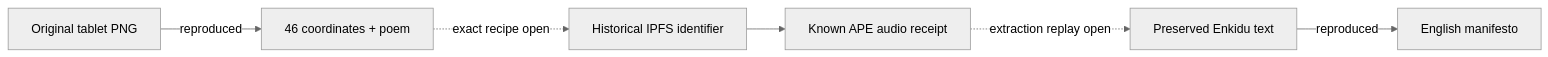
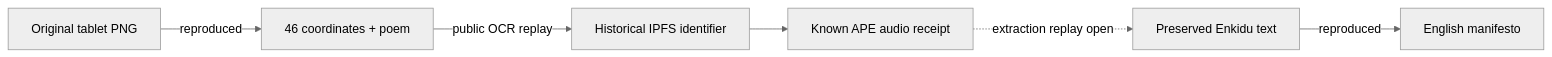
One commit to Xubu-Trad/caw-lab changed the diagram in docs/VISUAL_GUIDE.md. Above: the diagram before and after it, drawn with Mermaid (neutral theme). The commit also changed other lines of this file and 12 other files, not shown here.

Commit message:
Reproduce R1 book-cipher CID from the exact public OCR edition

````diff
--- a/docs/VISUAL_GUIDE.md
+++ b/docs/VISUAL_GUIDE.md
@@ -11,8 +11,8 @@
 ```mermaid
 flowchart LR
     A[Original tablet PNG] -->|reproduced| B[46 coordinates + poem]
-    B -. exact recipe open .-> C[Historical IPFS identifier]
+    B -->|public OCR replay| C[Historical IPFS identifier]
     C --> D[Known APE audio receipt]
     D -. extraction replay open .-> E[Preserved Enkidu text]
     E -->|reproduced| F[English manifesto]
 ```
````
